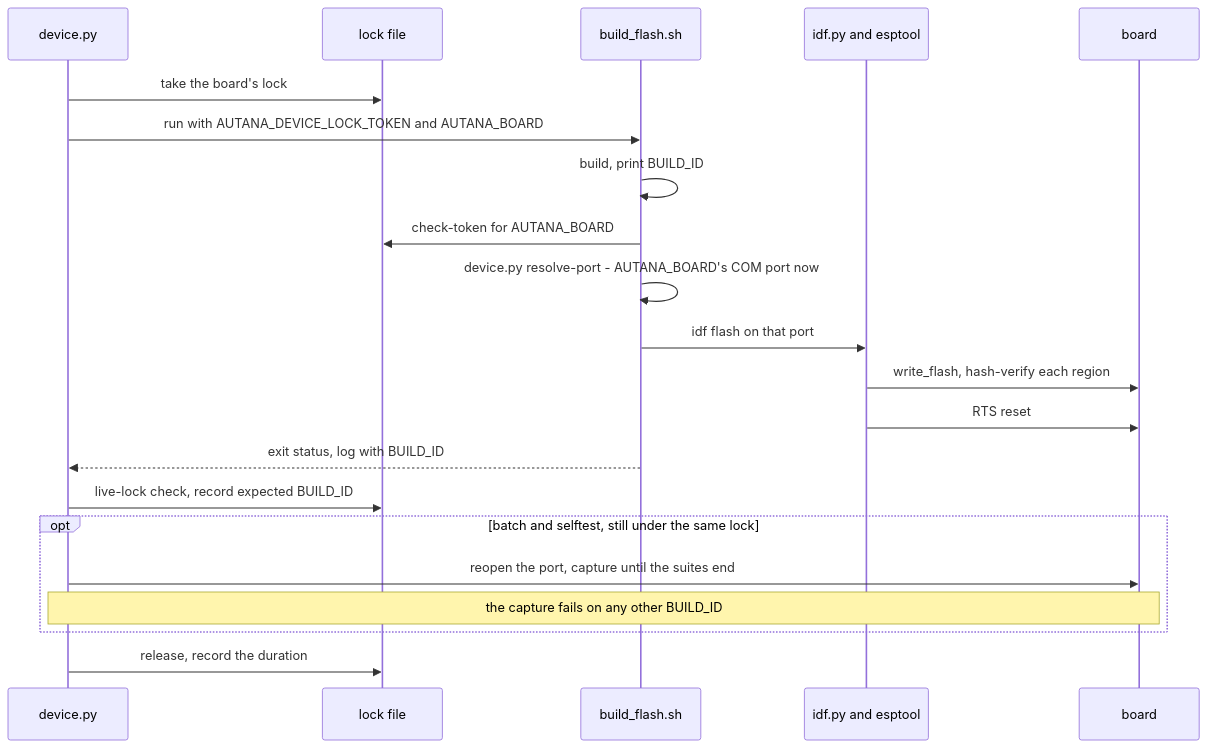
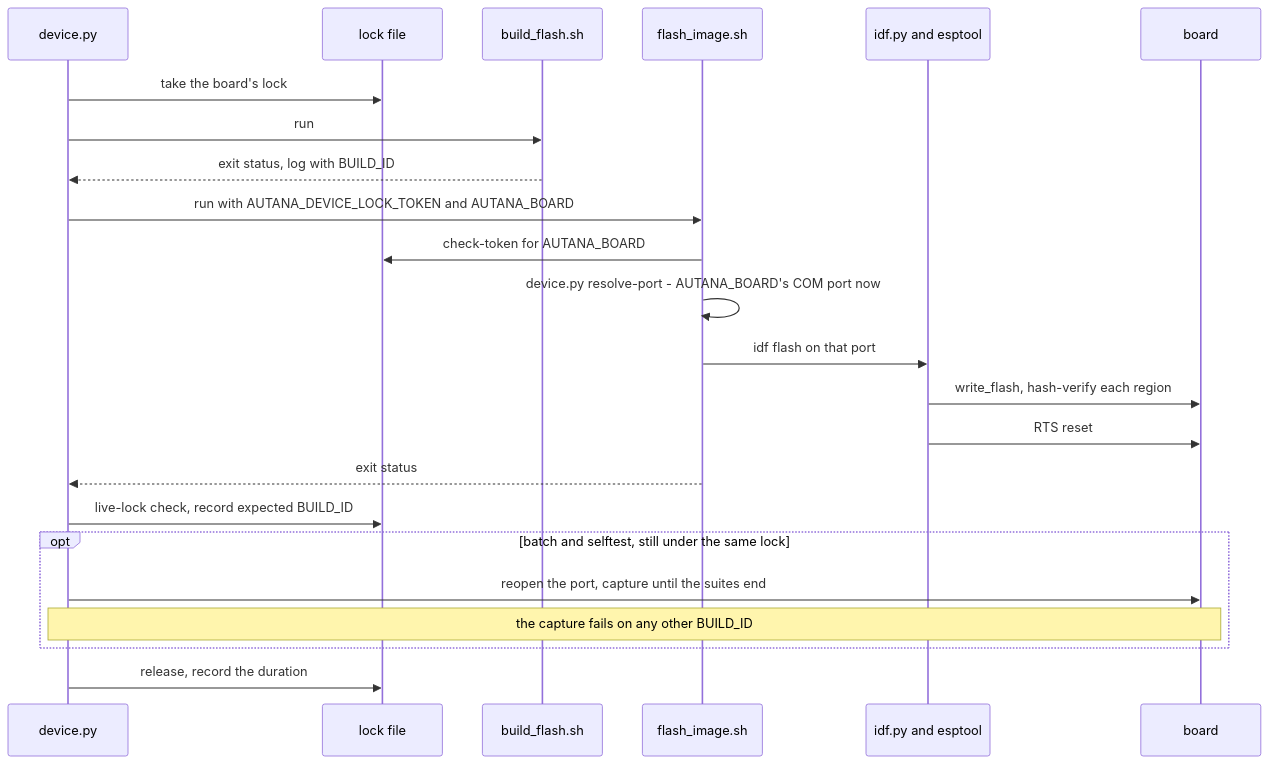
Before and after one commit to jose-villegas/autana: the first of 2 diagrams in docs/tools/Device-Lock.md, drawn with Mermaid. The commit also changed other lines of this file and 10 other files, not shown here.

First line of the commit message:
device: flash from scripts/device/flash_image.sh; build_flash.sh only builds

````diff
--- a/docs/tools/Device-Lock.md
+++ b/docs/tools/Device-Lock.md
@@ -83,24 +87,26 @@
 ```mermaid
 sequenceDiagram
     participant Dev as device.py
     participant Lock as lock file
-    participant Sh as build_flash.sh
+    participant Build as build_flash.sh
+    participant Sh as flash_image.sh
     participant Idf as idf.py and esptool
     participant Board as board
 
     Dev->>Lock: take the board's lock
+    Dev->>Build: run
+    Build-->>Dev: exit status, log with BUILD_ID
     Dev->>Sh: run with AUTANA_DEVICE_LOCK_TOKEN and AUTANA_BOARD
-    Sh->>Sh: build, print BUILD_ID
     Sh->>Lock: check-token for AUTANA_BOARD
     Sh->>Sh: device.py resolve-port - AUTANA_BOARD's COM port now
     Sh->>Idf: idf flash on that port
     Idf->>Board: write_flash, hash-verify each region
     Idf->>Board: RTS reset
-    Sh-->>Dev: exit status, log with BUILD_ID
+    Sh-->>Dev: exit status
     Dev->>Lock: live-lock check, record expected BUILD_ID
     opt batch and selftest, still under the same lock
         Dev->>Board: reopen the port, capture until the suites end
         Note over Dev,Board: the capture fails on any other BUILD_ID
     end
     Dev->>Lock: release, record the duration
 ```
````
